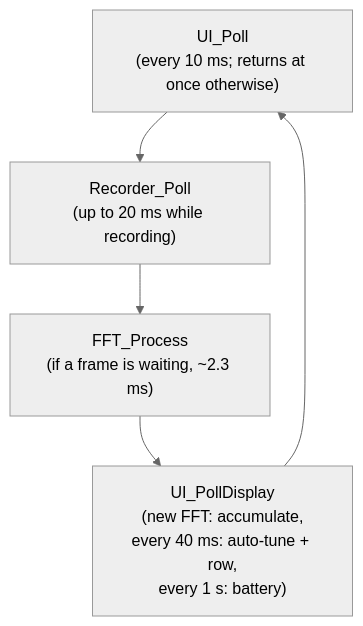
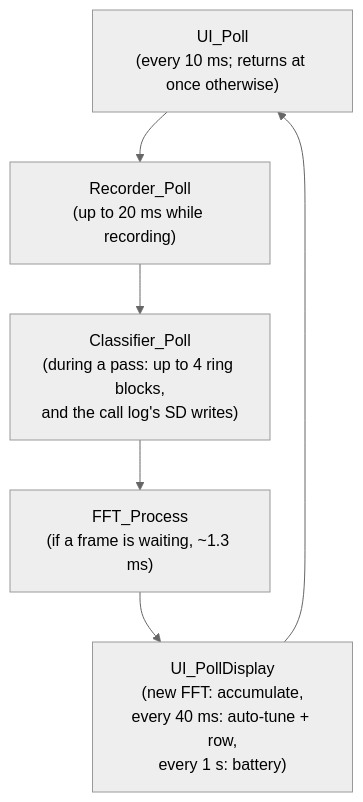
Diagram 16 of 16 in Docs/HOW_IT_WORKS.md (Furrah/Bat_detector_FW), drawn with Mermaid (neutral theme) before and after one commit. The commit also changed other lines of this file and 29 other files, not shown here.

````diff
--- a/Docs/HOW_IT_WORKS.md
+++ b/Docs/HOW_IT_WORKS.md
@@ -498,7 +525,8 @@
 ```mermaid
 flowchart TD
     A["UI_Poll<br/>(every 10 ms; returns at once otherwise)"] --> B["Recorder_Poll<br/>(up to 20 ms while recording)"]
-    B --> C["FFT_Process<br/>(if a frame is waiting, ~2.3 ms)"]
+    B --> CL["Classifier_Poll<br/>(during a pass: up to 4 ring blocks,<br/>and the call log's SD writes)"]
+    CL --> C["FFT_Process<br/>(if a frame is waiting, ~1.3 ms)"]
     C --> D["UI_PollDisplay<br/>(new FFT: accumulate,<br/>every 40 ms: auto-tune + row,<br/>every 1 s: battery)"]
     D --> A
 ```
````
